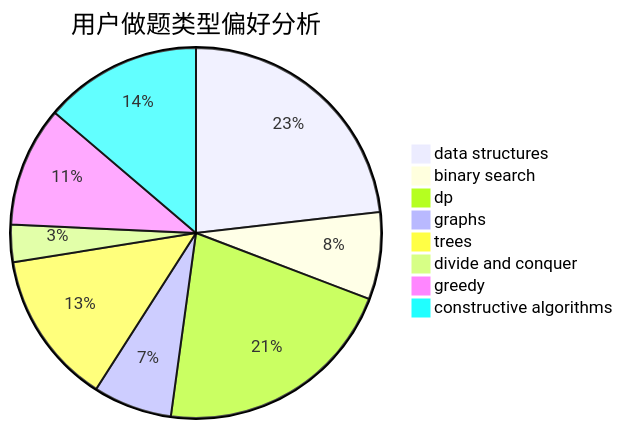
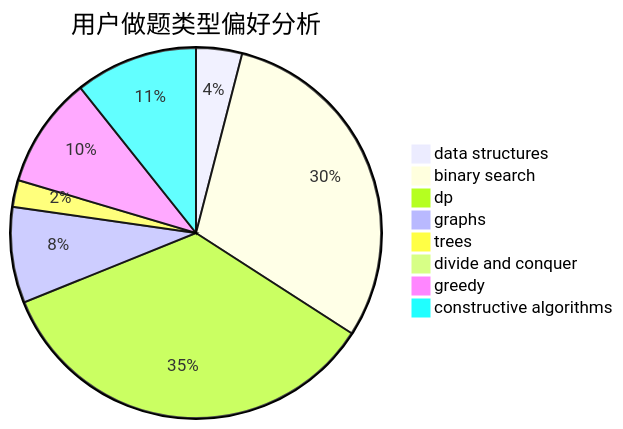
One commit to sherpahu/cfrs.github.io changed the second of 3 diagrams in docs/user/u2027.md. Above: the diagram before and after it, drawn with Mermaid. The commit also changed other lines of this file and 2770 other files, not shown here.

````diff
--- a/docs/user/u2027.md
+++ b/docs/user/u2027.md
@@ -23,11 +23,11 @@
 ```mermaid
 pie title 用户做题类型偏好分析
-    "data structures" :  64
-    "binary search" :  21
-    "dp" :  59
-    "graphs" :  19
-    "trees" :  37
-    "divide and conquer" :  9
+    "data structures" :  12
+    "binary search" :  90
+    "dp" :  104
+    "graphs" :  25
+    "trees" :  7
+    "divide and conquer" :  1
     "greedy" :  29
-    "constructive algorithms" :  38
+    "constructive algorithms" :  32
 ```
````
